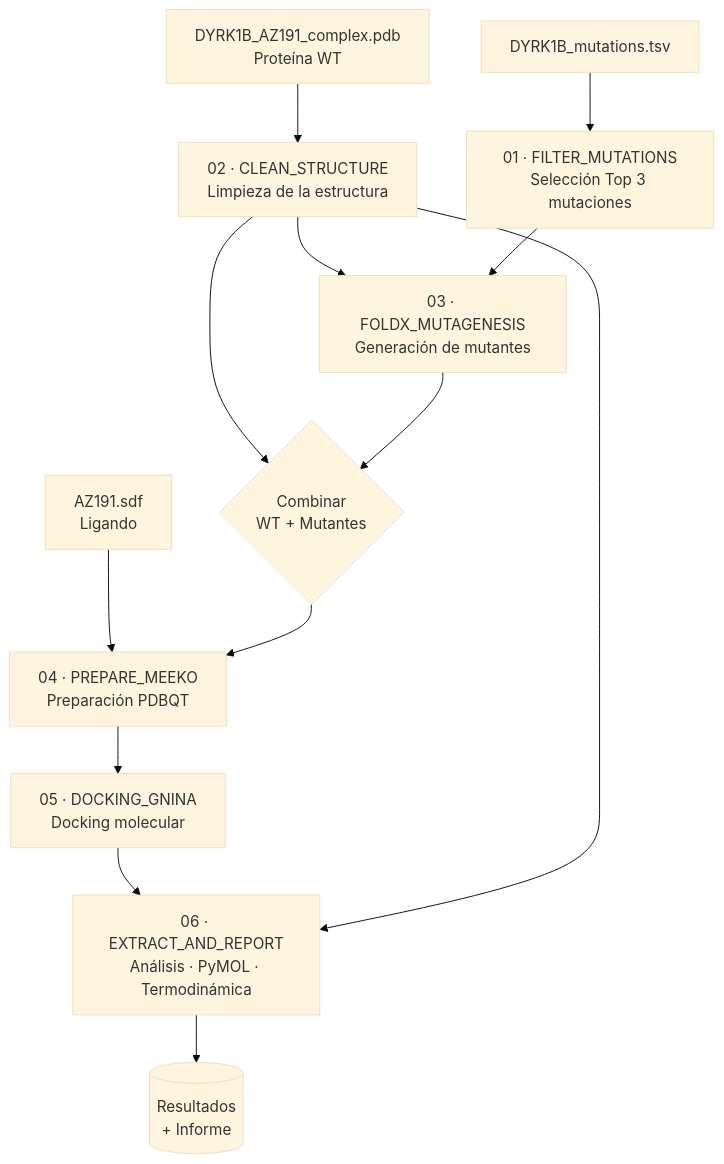
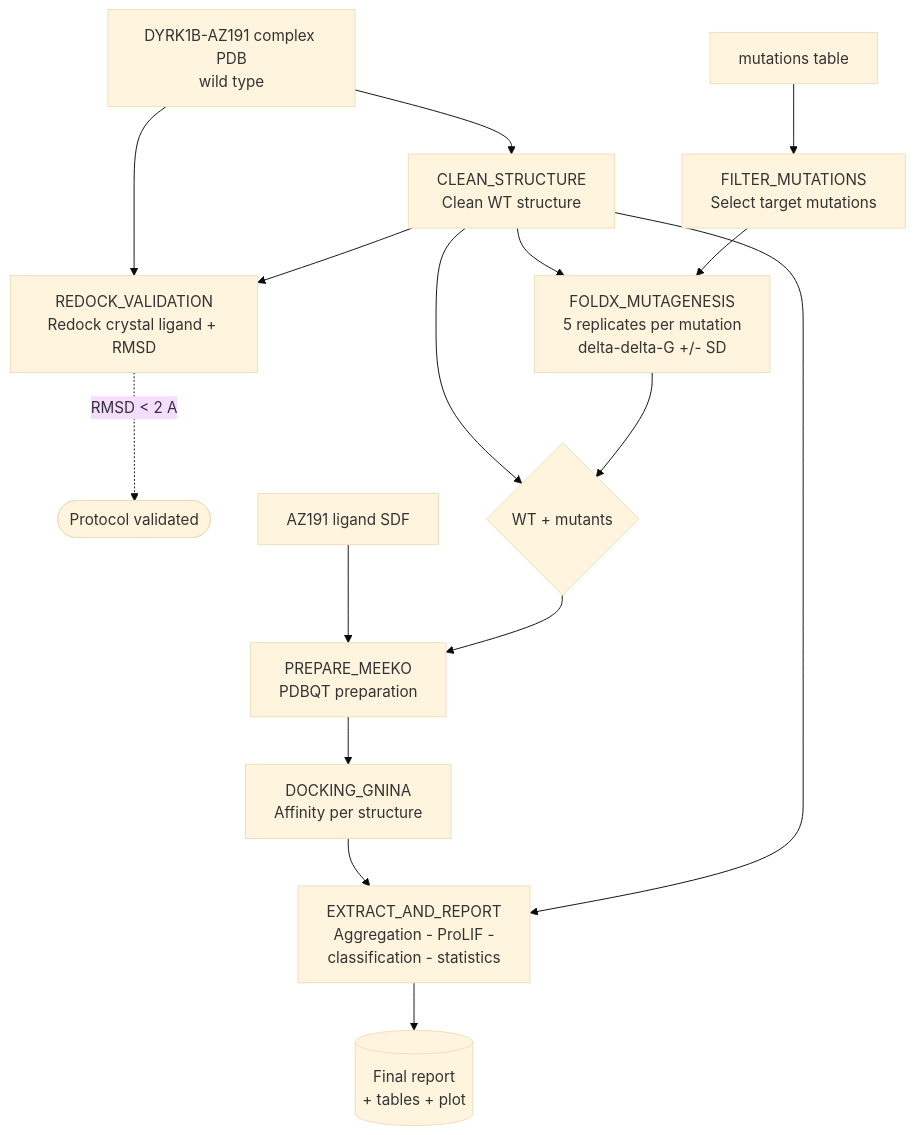
One commit to JSoriano02/TFM changed the diagram in README.md. Above: the diagram before and after it, drawn with Mermaid (base theme). The commit also changed other lines of this file and 1 other file, not shown here.

Commit message:
Add LICENSE file and update README for project clarity and structure

````diff
--- a/README.md
+++ b/README.md
@@ -63,20 +79,24 @@
 ```mermaid
 flowchart TD
-    A[DYRK1B_mutations.tsv] --> B[01 · FILTER_MUTATIONS<br/>Selección Top 3 mutaciones]
-    C[DYRK1B_AZ191_complex.pdb<br/>Proteína WT] --> D[02 · CLEAN_STRUCTURE<br/>Limpieza de la estructura]
+    A[mutations table] --> B[FILTER_MUTATIONS<br/>Select target mutations]
+    C[DYRK1B-AZ191 complex PDB<br/>wild type] --> D[CLEAN_STRUCTURE<br/>Clean WT structure]
 
-    D --> E[03 · FOLDX_MUTAGENESIS<br/>Generación de mutantes]
+    C --> V[REDOCK_VALIDATION<br/>Redock crystal ligand + RMSD]
+    D --> V
+    V -. RMSD &lt; 2 A .-> OK([Protocol validated])
+
+    D --> E[FOLDX_MUTAGENESIS<br/>5 replicates per mutation<br/>delta-delta-G +/- SD]
     B --> E
 
-    D --> F{Combinar<br/>WT + Mutantes}
+    D --> F{WT + mutants}
     E --> F
 
-    G[AZ191.sdf<br/>Ligando] --> H[04 · PREPARE_MEEKO<br/>Preparación PDBQT]
+    G[AZ191 ligand SDF] --> H[PREPARE_MEEKO<br/>PDBQT preparation]
     F --> H
 
-    H --> I[05 · DOCKING_GNINA<br/>Docking molecular]
-    I --> J[06 · EXTRACT_AND_REPORT<br/>Análisis · PyMOL · Termodinámica]
+    H --> I[DOCKING_GNINA<br/>Affinity per structure]
+    I --> J[EXTRACT_AND_REPORT<br/>Aggregation - ProLIF -<br/>classification - statistics]
     D --> J
 
-    J --> K[(Resultados<br/>+ Informe)]
+    J --> K[(Final report<br/>+ tables + plot)]
 ```
````
